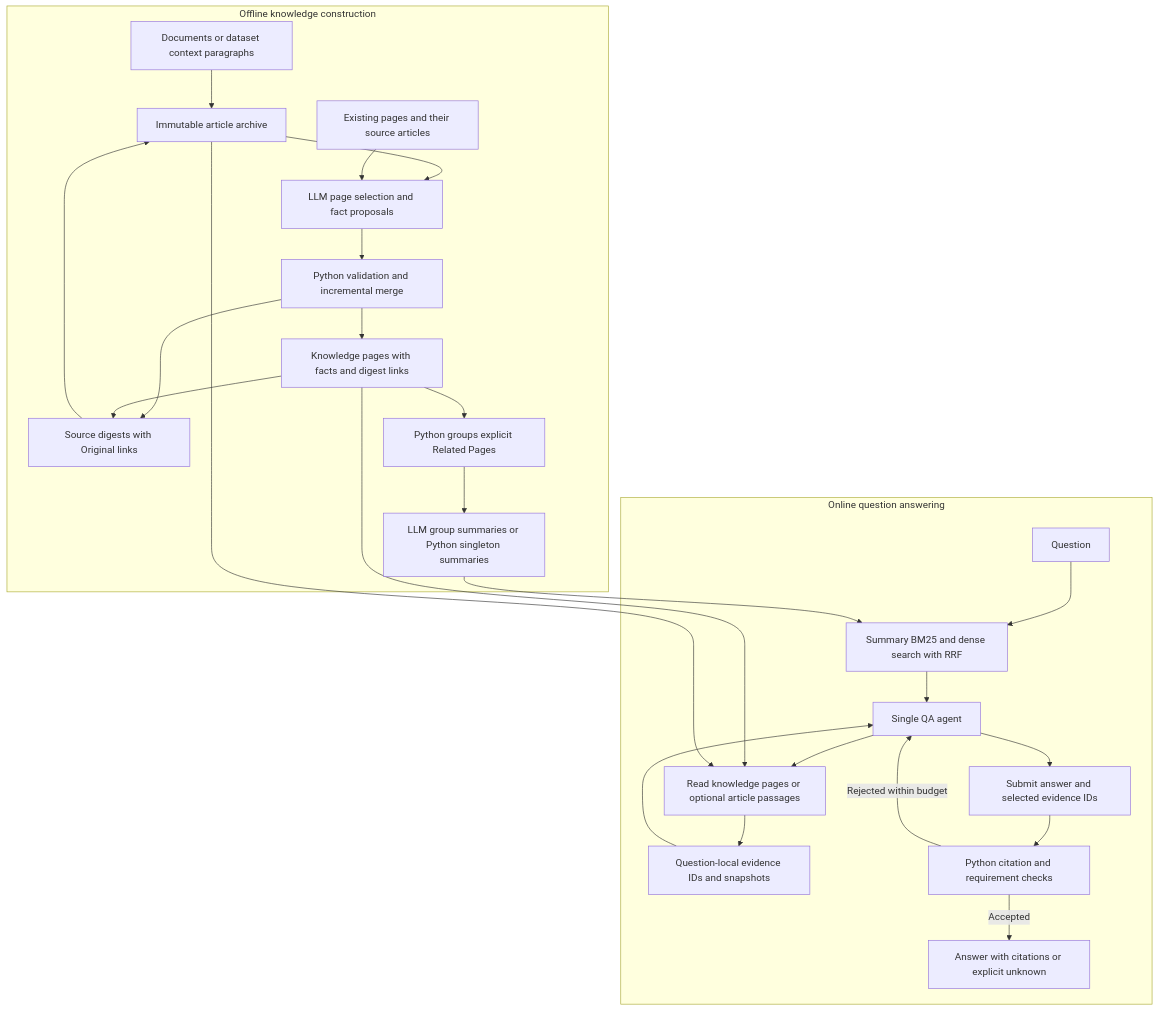
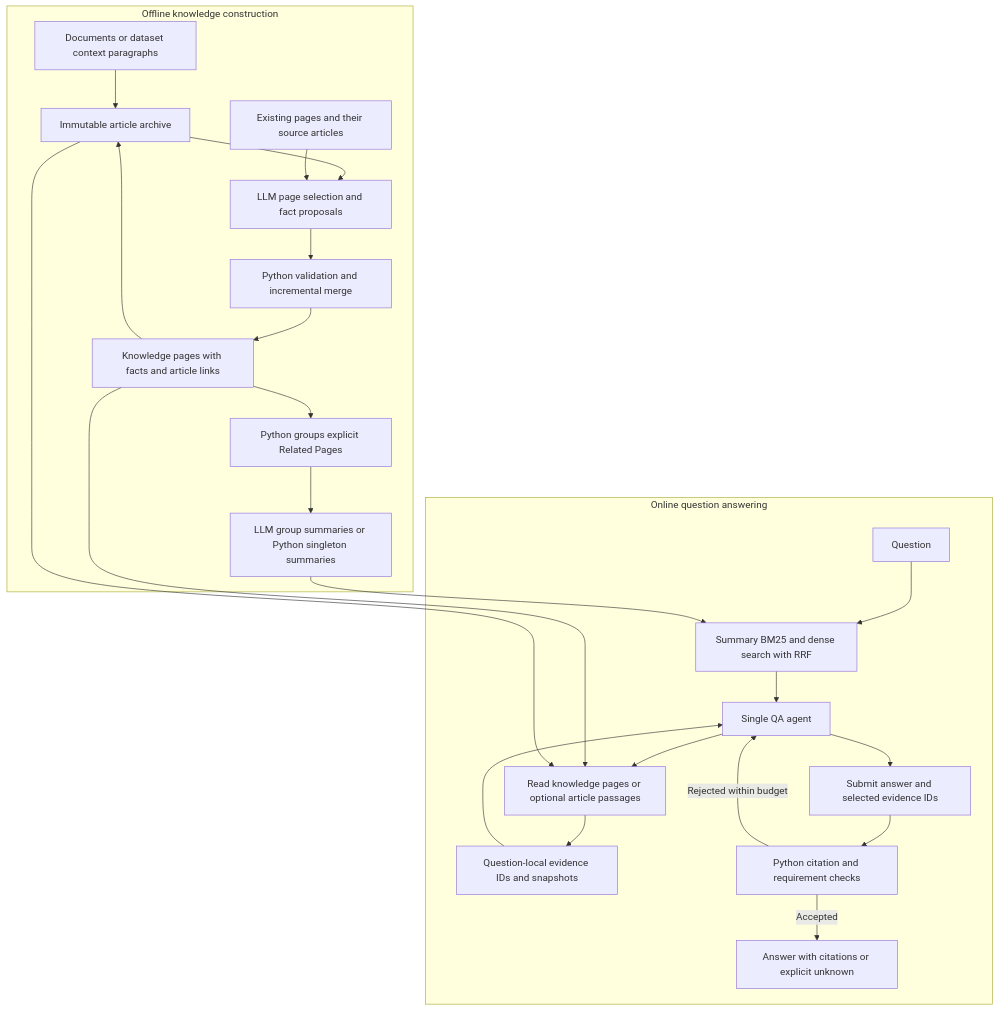
One commit to YusenFan/LLM-Wiki changed the diagram in README.md. Above: the diagram before and after it, drawn with Mermaid. The commit also changed other lines of this file and 11 other files, not shown here.

````diff
--- a/README.md
+++ b/README.md
@@ -18,29 +18,27 @@
 ```mermaid
 flowchart TD
     subgraph Build[Offline knowledge construction]
         Input[Documents or dataset context paragraphs] --> Articles[Immutable article archive]
         Articles --> Proposals[LLM page selection and fact proposals]
         Existing[Existing pages and their source articles] --> Proposals
         Proposals --> Validate[Python validation and incremental merge]
-        Validate --> Knowledge[Knowledge pages with facts and digest links]
-        Validate --> Digests[Source digests with Original links]
-        Knowledge --> Digests
-        Digests --> Articles
+        Validate --> Knowledge[Knowledge pages with facts and article links]
+        Knowledge --> Articles
         Knowledge --> Groups[Python groups explicit Related Pages]
         Groups --> Summaries[LLM group summaries or Python singleton summaries]
     end
     subgraph QA[Online question answering]
         Question[Question] --> Search[Summary BM25 and dense search with RRF]
         Search --> Agent[Single QA agent]
         Agent --> Read[Read knowledge pages or optional article passages]
         Read --> Evidence[Question-local evidence IDs and snapshots]
         Evidence --> Agent
         Agent --> Submit[Submit answer and selected evidence IDs]
         Submit --> Check[Python citation and requirement checks]
         Check -->|Rejected within budget| Agent
         Check -->|Accepted| Answer[Answer with citations or explicit unknown]
     end
     Summaries --> Search
     Knowledge --> Read
     Articles --> Read
 ```
````
